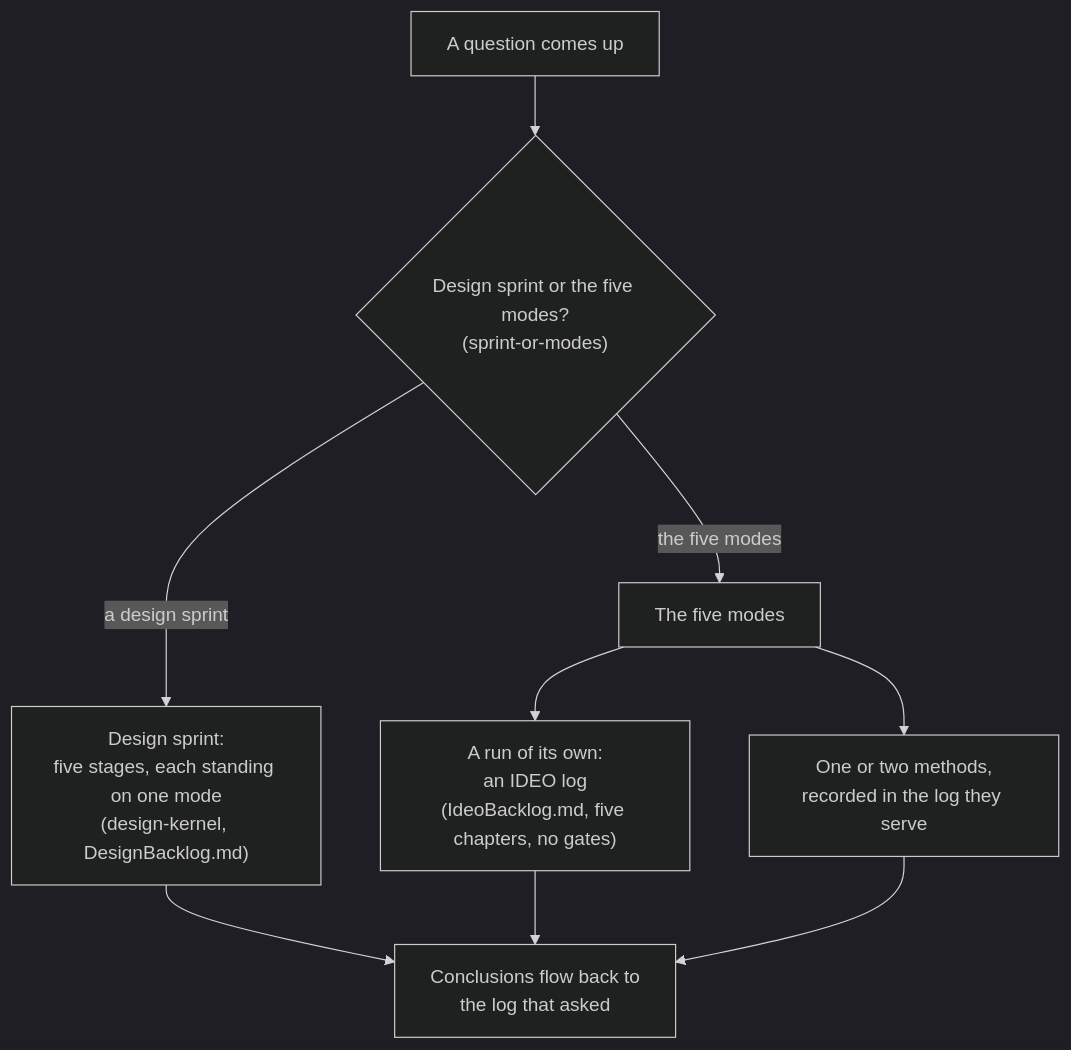
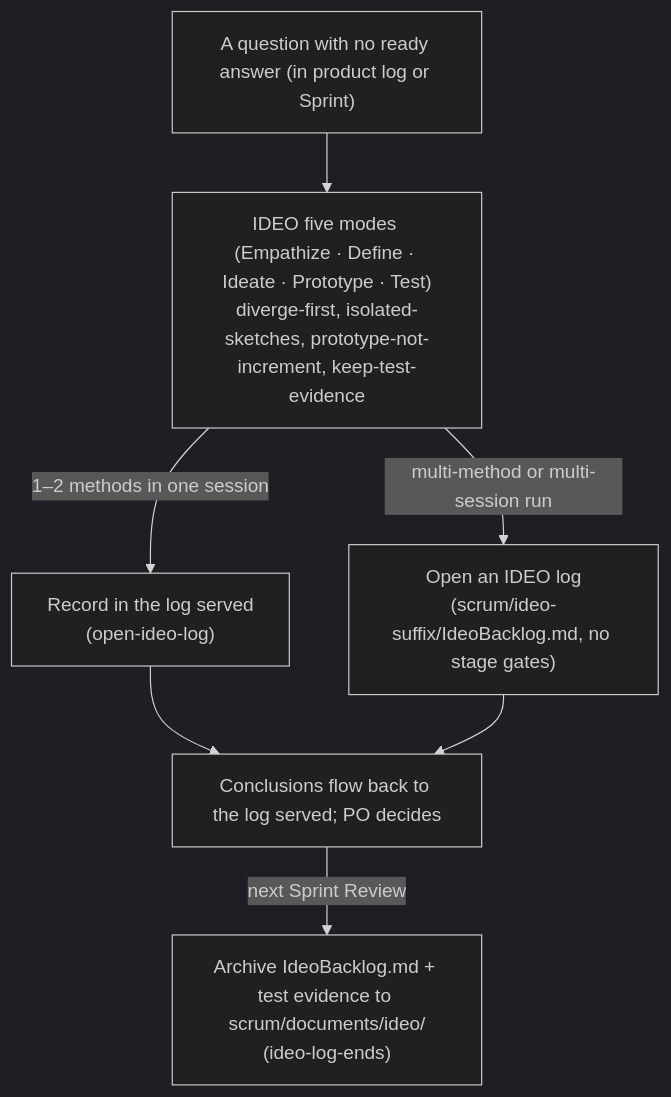
One commit to seapawn1/IDEO-Scrum changed the fourth of 5 diagrams in plugins/ideo-scrum/skills/memory/details/flow-maps.md. Above: the diagram before and after it, drawn with Mermaid (dark theme). The commit also changed other lines of this file and 78 other files, not shown here.

First line of the commit message:
Sprint 28 施工 #1-#5：移除设计冲刺与 Designer、看板聚焦 Scrum、放开 Sprint How 方案计划

````diff
--- a/plugins/ideo-scrum/skills/memory/details/flow-maps.md
+++ b/plugins/ideo-scrum/skills/memory/details/flow-maps.md
@@ -86,11 +68,9 @@
 ```mermaid
 flowchart TD
-    Q["A question comes up"] --> P{"Design sprint or the five modes?<br/>(sprint-or-modes)"}
-    P -- "a design sprint" --> DS["Design sprint:<br/>five stages, each standing on one mode<br/>(design-kernel, DesignBacklog.md)"]
-    P -- "the five modes" --> FM["The five modes"]
-    FM --> SEQ["A run of its own:<br/>an IDEO log<br/>(IdeoBacklog.md, five chapters, no gates)"]
-    FM --> SPOT["One or two methods,<br/>recorded in the log they serve"]
-    DS --> R["Conclusions flow back to<br/>the log that asked"]
+    Q["A question with no ready answer (in product log or Sprint)"] --> FM["IDEO five modes (Empathize · Define · Ideate · Prototype · Test)<br/>diverge-first, isolated-sketches, prototype-not-increment, keep-test-evidence"]
+    FM -- "1–2 methods in one session" --> SPOT["Record in the log served<br/>(open-ideo-log)"]
+    FM -- "multi-method or multi-session run" --> SEQ["Open an IDEO log<br/>(scrum/ideo-suffix/IdeoBacklog.md, no stage gates)"]
+    SPOT --> R["Conclusions flow back to the log served; PO decides"]
     SEQ --> R
-    SPOT --> R
+    R -- "next Sprint Review" --> AR["Archive IdeoBacklog.md + test evidence to scrum/documents/ideo/<br/>(ideo-log-ends)"]
 ```
````
